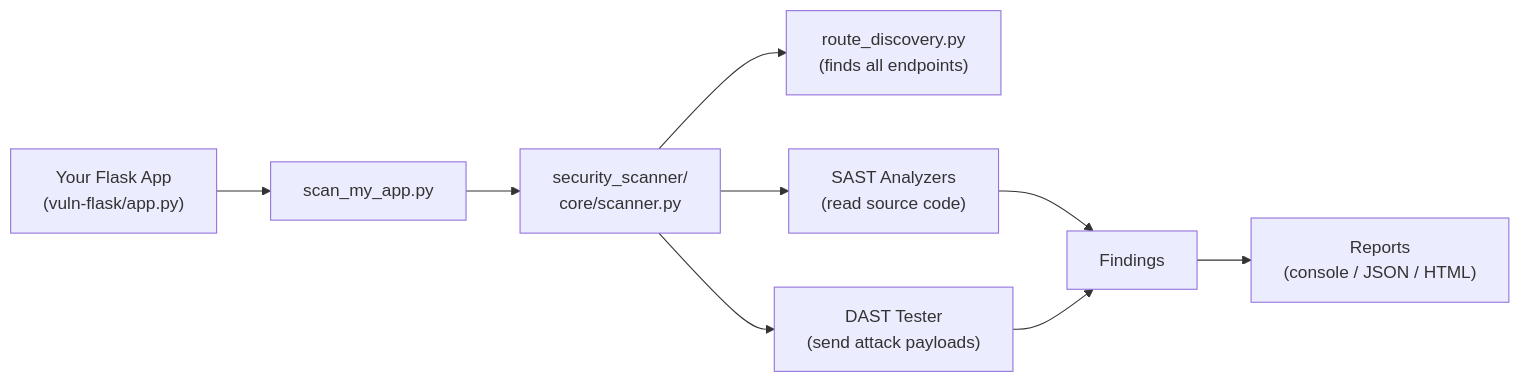
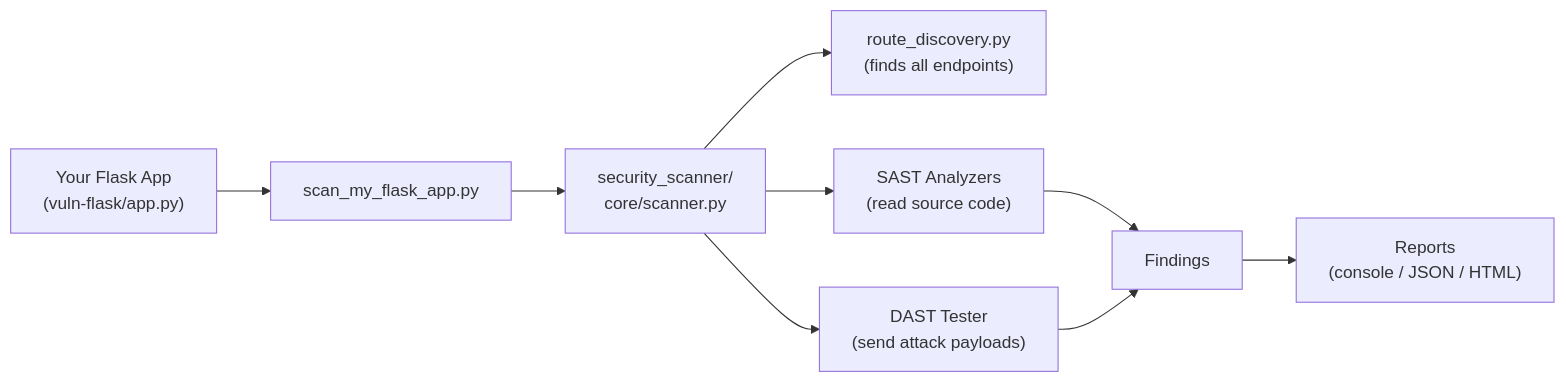
The diagram in project_guide.md (PranavObliterates/python-security-scanner), drawn with Mermaid before and after one commit. The commit also changed other lines of this file and 33 other files, not shown here.

````diff
--- a/project_guide.md
+++ b/project_guide.md
@@ -184,11 +184,11 @@
 ```mermaid
 flowchart LR
-    A["Your Flask App\n(vuln-flask/app.py)"] --> B["scan_my_app.py"]
+    A["Your Flask App\n(vuln-flask/app.py)"] --> B["scan_my_flask_app.py"]
     B --> C["security_scanner/\ncore/scanner.py"]
     C --> D["route_discovery.py\n(finds all endpoints)"]
     C --> E["SAST Analyzers\n(read source code)"]
     C --> F["DAST Tester\n(send attack payloads)"]
     E --> G["Findings"]
     F --> G
     G --> H["Reports\n(console / JSON / HTML)"]
 ```
````
